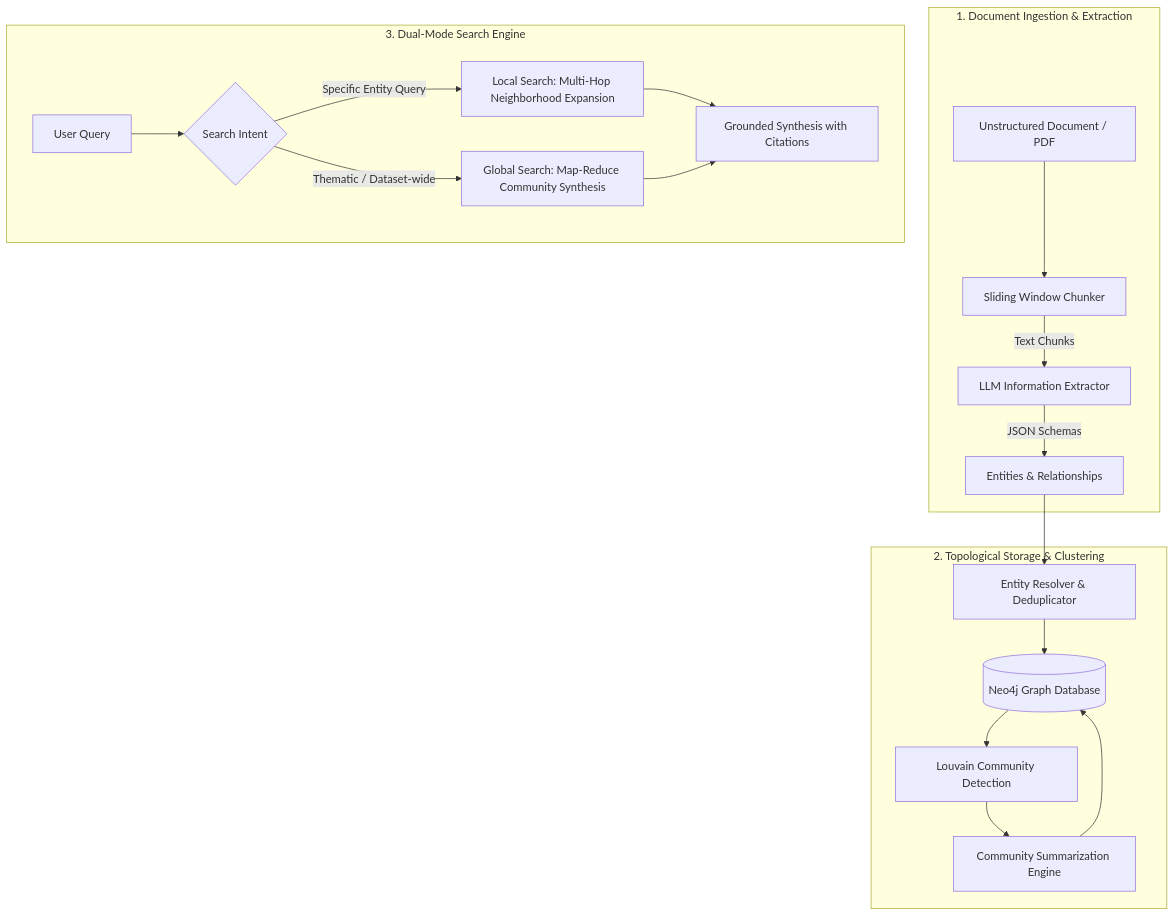
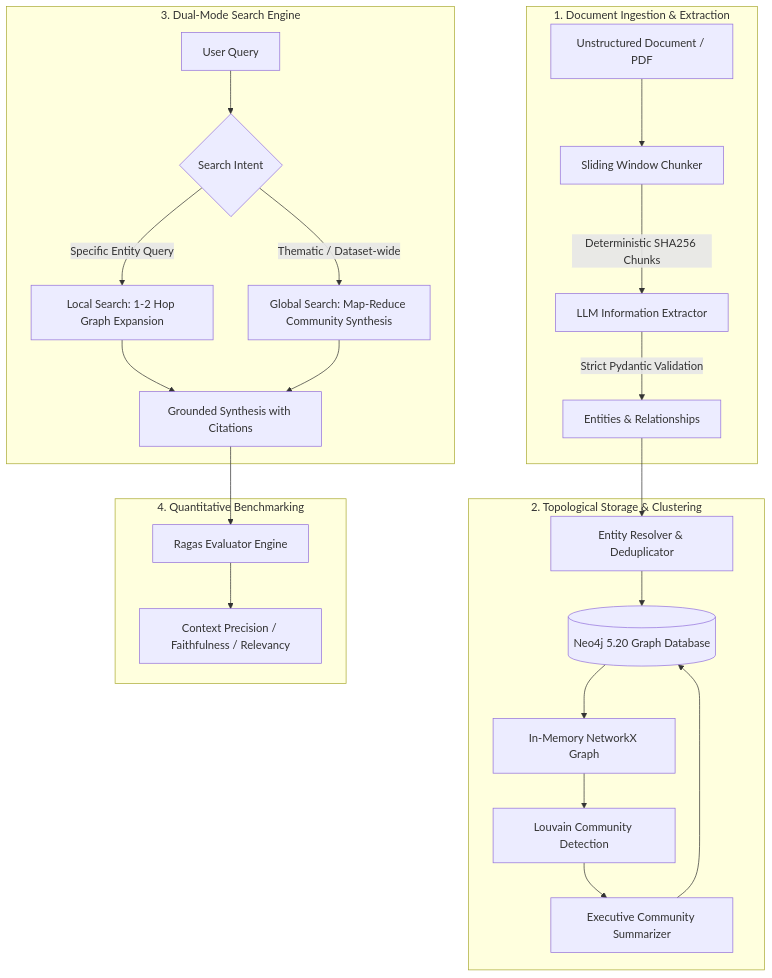
One commit to RajatSharma404/GraphRAG changed the diagram in README.md. Above: the diagram before and after it, drawn with Mermaid. The commit also changed other lines of this file and 5 other files, not shown here.

Commit message:
feat: add multi-document cross-domain ingestion, Streamlit analytics dashboard, and automated Ragas evaluation benchmarks

````diff
--- a/README.md
+++ b/README.md
@@ -9,24 +9,30 @@
 ```mermaid
 flowchart TD
     subgraph Ingestion ["1. Document Ingestion & Extraction"]
         Doc[Unstructured Document / PDF] --> Chunker[Sliding Window Chunker]
-        Chunker -->|Text Chunks| Extractor[LLM Information Extractor]
-        Extractor -->|JSON Schemas| Schemas[Entities & Relationships]
+        Chunker -->|Deterministic SHA256 Chunks| Extractor[LLM Information Extractor]
+        Extractor -->|Strict Pydantic Validation| Schemas[Entities & Relationships]
     end
 
     subgraph GraphDB ["2. Topological Storage & Clustering"]
         Schemas --> Ingester[Entity Resolver & Deduplicator]
-        Ingester --> Neo4j[(Neo4j Graph Database)]
-        Neo4j --> Community[Louvain Community Detection]
-        Community --> Summarizer[Community Summarization Engine]
+        Ingester --> Neo4j[(Neo4j 5.20 Graph Database)]
+        Neo4j --> NetworkX[In-Memory NetworkX Graph]
+        NetworkX --> Louvain[Louvain Community Detection]
+        Louvain --> Summarizer[Executive Community Summarizer]
         Summarizer --> Neo4j
     end
 
     subgraph DualRetrieval ["3. Dual-Mode Search Engine"]
         UserQ[User Query] --> Router{Search Intent}
-        Router -->|Specific Entity Query| Local[Local Search: Multi-Hop Neighborhood Expansion]
+        Router -->|Specific Entity Query| Local[Local Search: 1-2 Hop Graph Expansion]
         Router -->|Thematic / Dataset-wide| Global[Global Search: Map-Reduce Community Synthesis]
         Local --> Synthesis[Grounded Synthesis with Citations]
         Global --> Synthesis
     end
+
+    subgraph Evaluation ["4. Quantitative Benchmarking"]
+        Synthesis --> Evaluator[Ragas Evaluator Engine]
+        Evaluator --> Metrics[Context Precision / Faithfulness / Relevancy]
+    end
 ```
````
